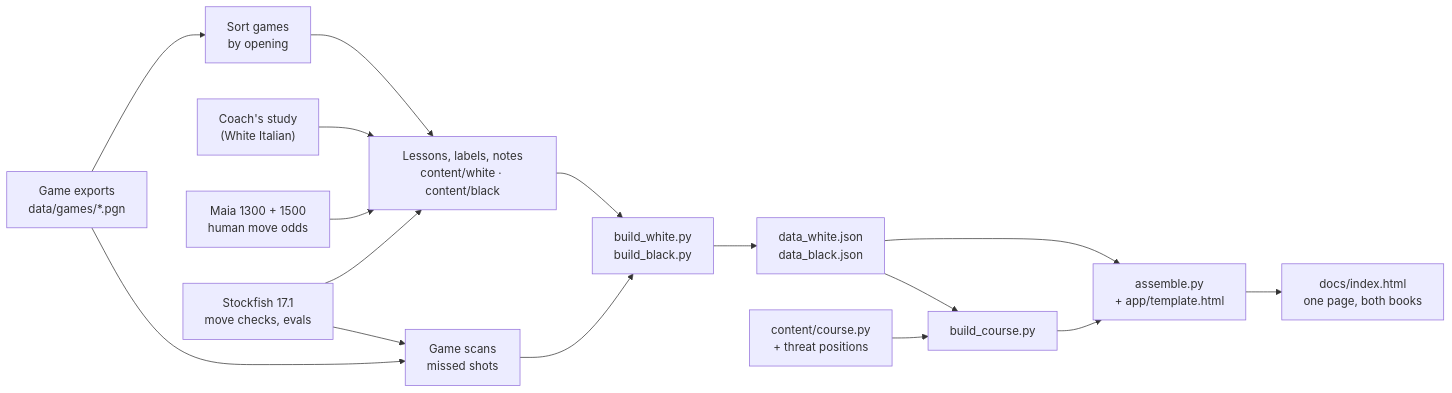
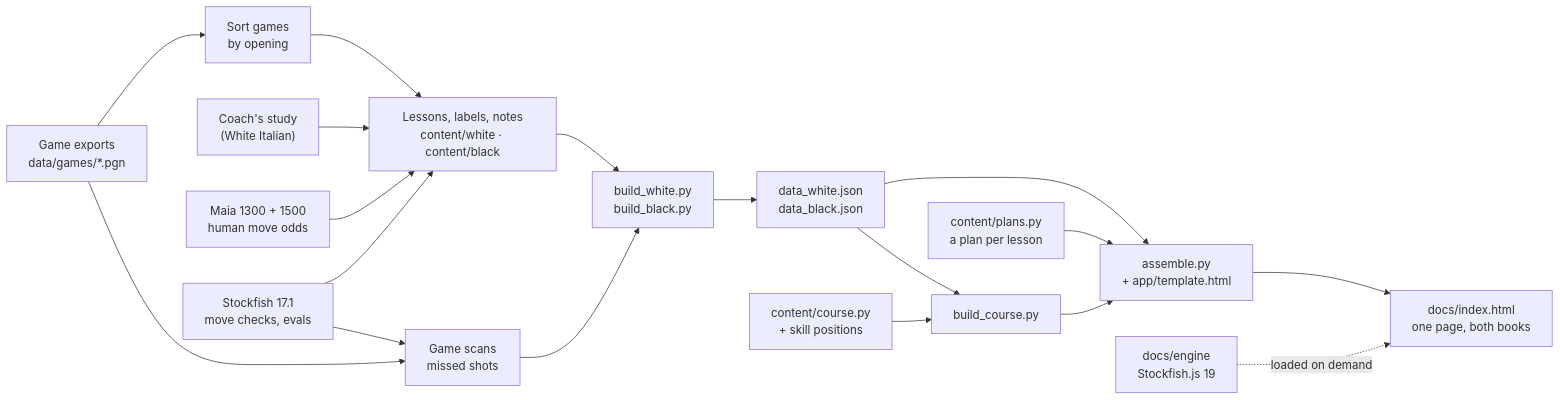
The diagram in README.md (vladapl21/chess-opening-playbook), drawn with Mermaid before and after one commit. The commit also changed other lines of this file and 43 other files, not shown here.

````diff
--- a/README.md
+++ b/README.md
@@ -156,18 +181,20 @@
 ```mermaid
 flowchart LR
     G["Game exports<br/>data/games/*.pgn"] --> C["Sort games<br/>by opening"]
     S["Coach's study<br/>(White Italian)"] --> L
     C --> L["Lessons, labels, notes<br/>content/white · content/black"]
     M["Maia 1300 + 1500<br/>human move odds"] --> L
     F["Stockfish 17.1<br/>move checks, evals"] --> L
     G --> R["Game scans<br/>missed shots"]
     F --> R
     L --> B["build_white.py<br/>build_black.py"]
     R --> B
     B --> J["data_white.json<br/>data_black.json"]
     J --> A["assemble.py<br/>+ app/template.html"]
-    K["content/course.py<br/>+ threat positions"] --> CB["build_course.py"]
+    K["content/course.py<br/>+ skill positions"] --> CB["build_course.py"]
     J --> CB
     CB --> A
+    PL["content/plans.py<br/>a plan per lesson"] --> A
     A --> P["docs/index.html<br/>one page, both books"]
+    E["docs/engine<br/>Stockfish.js 19"] -. "loaded on demand" .-> P
 ```
````
